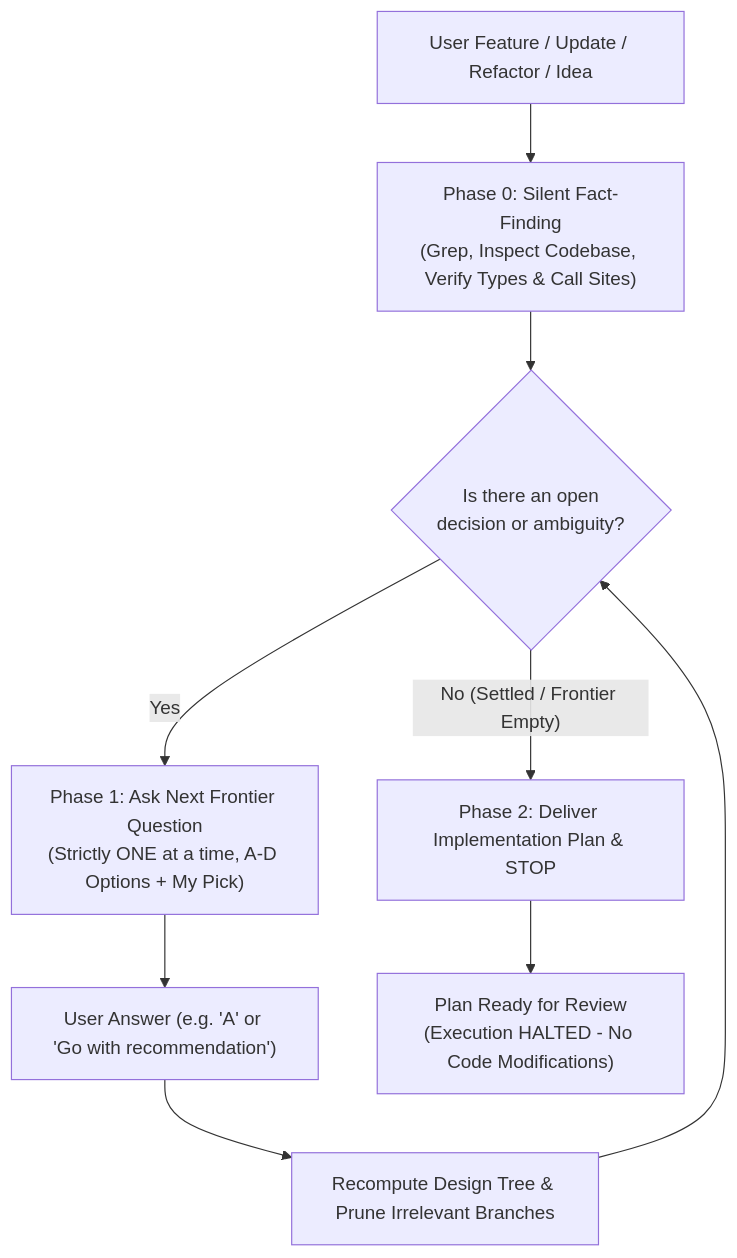
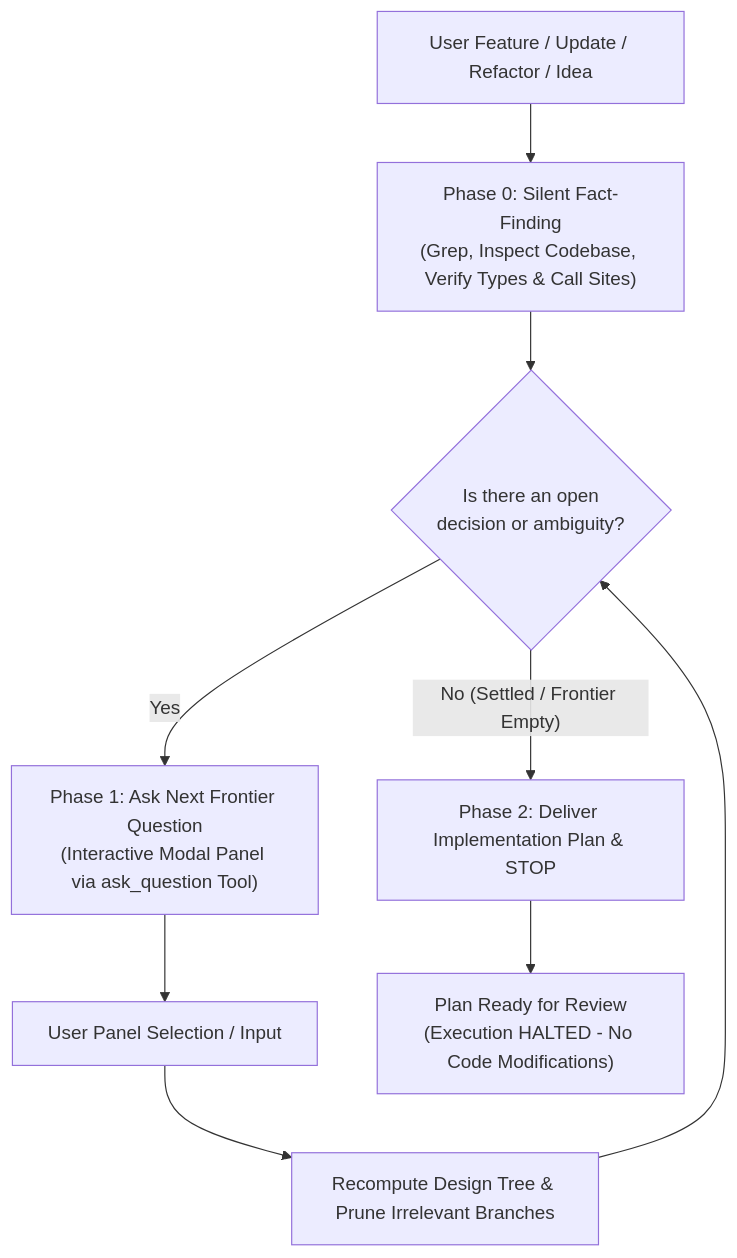
Before and after one commit to Delizade-Antigravity-Skills/clarify-first-delizade: the diagram in SKILL.md, drawn with Mermaid. The commit also changed other lines of this file, not shown here.

Commit message:
feat: mandate ask_question interactive modal panel UI for all questions

````diff
--- a/SKILL.md
+++ b/SKILL.md
@@ -35,11 +36,11 @@
 ```mermaid
 flowchart TD
     Idea["User Feature / Update / Refactor / Idea"] --> Phase0["Phase 0: Silent Fact-Finding<br/>(Grep, Inspect Codebase, Verify Types & Call Sites)"]
     Phase0 --> TreeEval{"Is there an open<br/>decision or ambiguity?"}
-    TreeEval -- "Yes" --> Phase1["Phase 1: Ask Next Frontier Question<br/>(Strictly ONE at a time, A-D Options + My Pick)"]
-    Phase1 --> UserAnswer["User Answer (e.g. 'A' or 'Go with recommendation')"]
+    TreeEval -- "Yes" --> Phase1["Phase 1: Ask Next Frontier Question<br/>(Interactive Modal Panel via ask_question Tool)"]
+    Phase1 --> UserAnswer["User Panel Selection / Input"]
     UserAnswer --> Recompute["Recompute Design Tree & Prune Irrelevant Branches"]
     Recompute --> TreeEval
     TreeEval -- "No (Settled / Frontier Empty)" --> Phase2["Phase 2: Deliver Implementation Plan & STOP"]
     Phase2 --> Stop["Plan Ready for Review<br/>(Execution HALTED - No Code Modifications)"]
 ```
````
